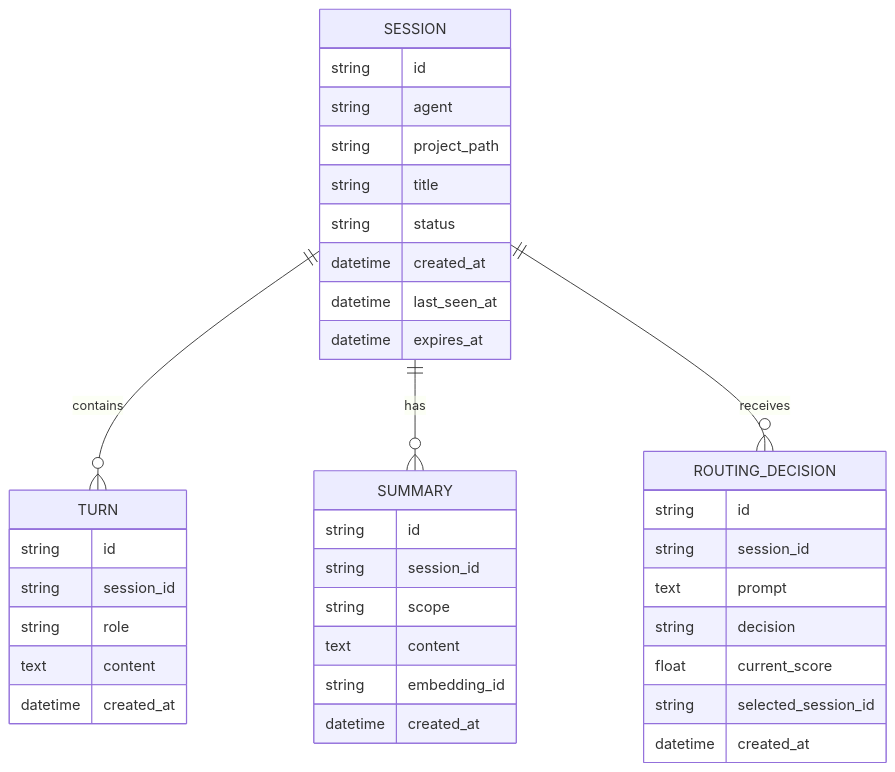
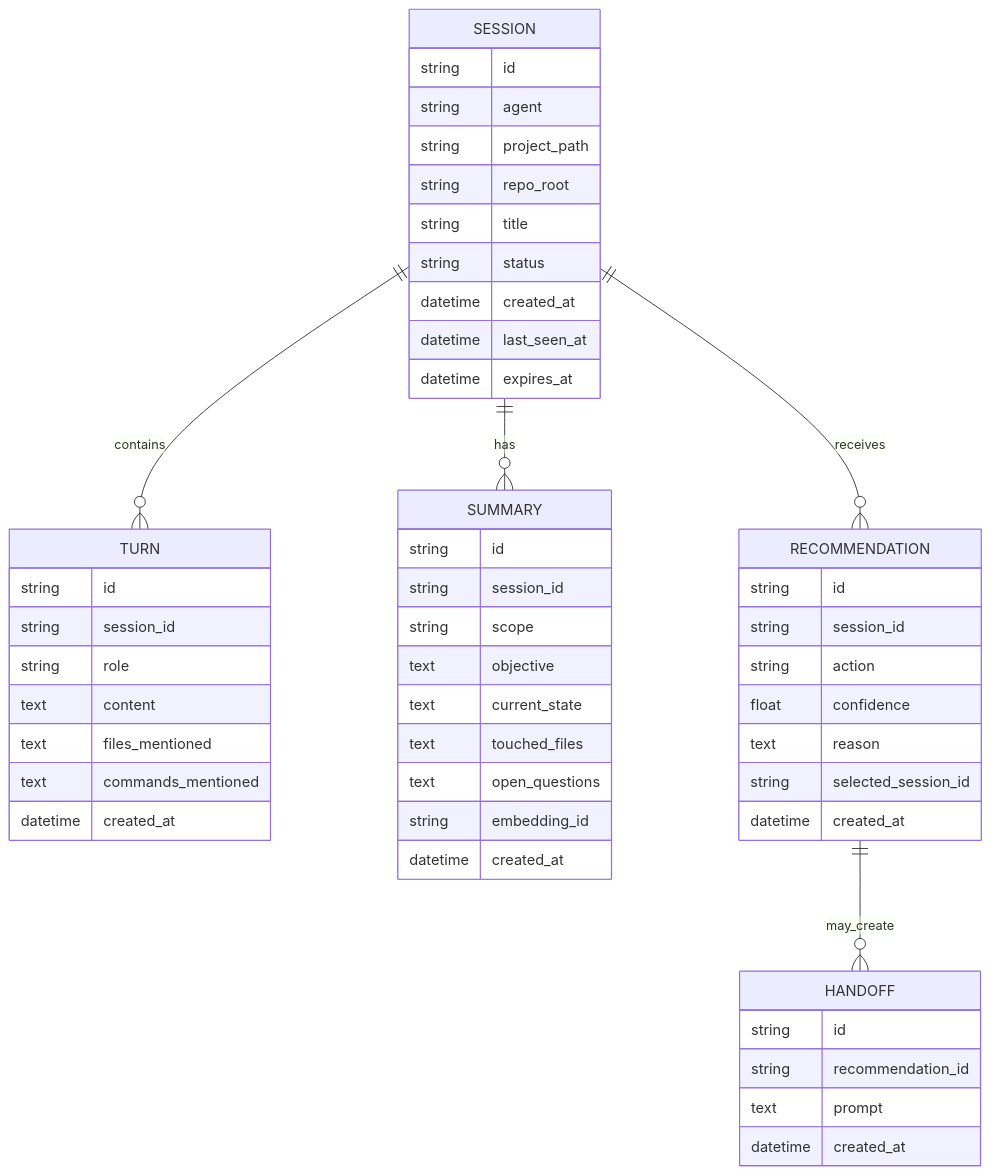
The third of 4 diagrams in docs/architecture.md (amir-h-rassafi/threadwise), drawn with Mermaid before and after one commit. The commit also changed other lines of this file and 1 other file, not shown here.

````diff
--- a/docs/architecture.md
+++ b/docs/architecture.md
@@ -104,44 +259,58 @@
 ```mermaid
 erDiagram
     SESSION ||--o{ TURN : contains
     SESSION ||--o{ SUMMARY : has
-    SESSION ||--o{ ROUTING_DECISION : receives
+    SESSION ||--o{ RECOMMENDATION : receives
+    RECOMMENDATION ||--o{ HANDOFF : may_create
 
     SESSION {
         string id
         string agent
         string project_path
+        string repo_root
         string title
         string status
         datetime created_at
         datetime last_seen_at
         datetime expires_at
     }
 
     TURN {
         string id
         string session_id
         string role
         text content
+        text files_mentioned
+        text commands_mentioned
         datetime created_at
     }
 
     SUMMARY {
         string id
         string session_id
         string scope
-        text content
+        text objective
+        text current_state
+        text touched_files
+        text open_questions
         string embedding_id
         datetime created_at
     }
 
-    ROUTING_DECISION {
+    RECOMMENDATION {
         string id
         string session_id
-        text prompt
-        string decision
-        float current_score
+        string action
+        float confidence
+        text reason
         string selected_session_id
         datetime created_at
     }
+
+    HANDOFF {
+        string id
+        string recommendation_id
+        text prompt
+        datetime created_at
+    }
 ```
````
